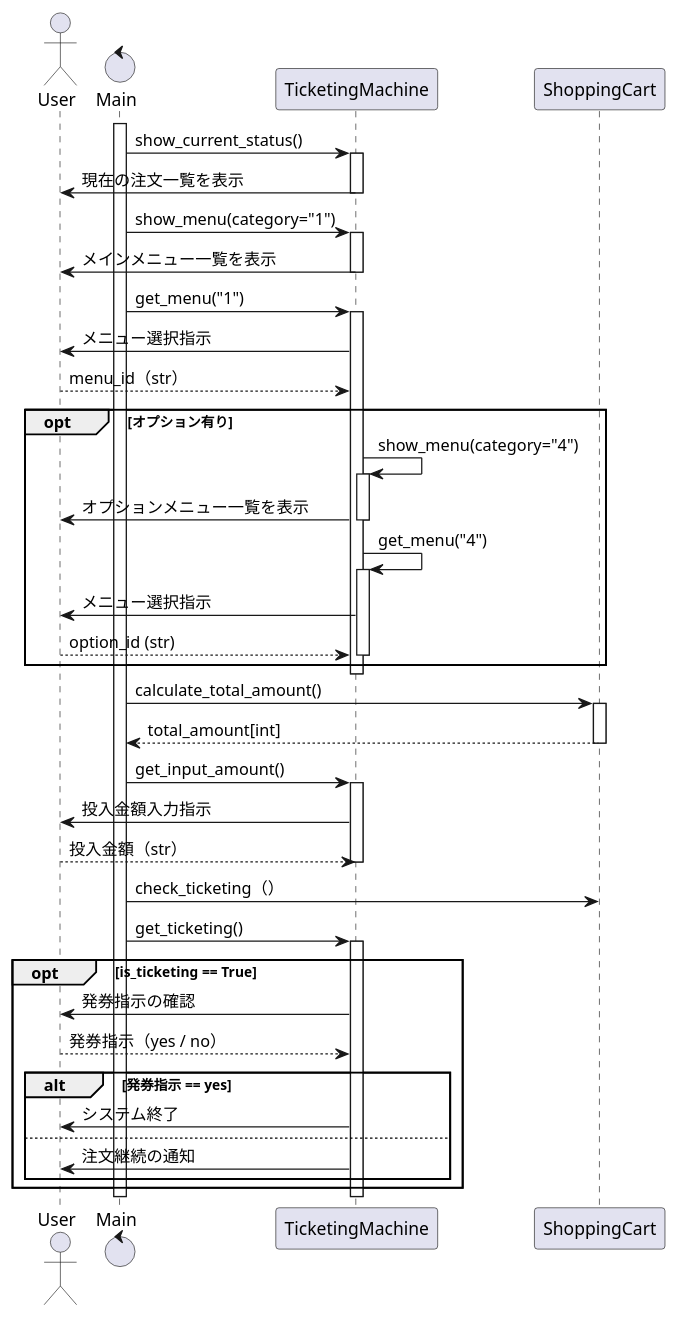
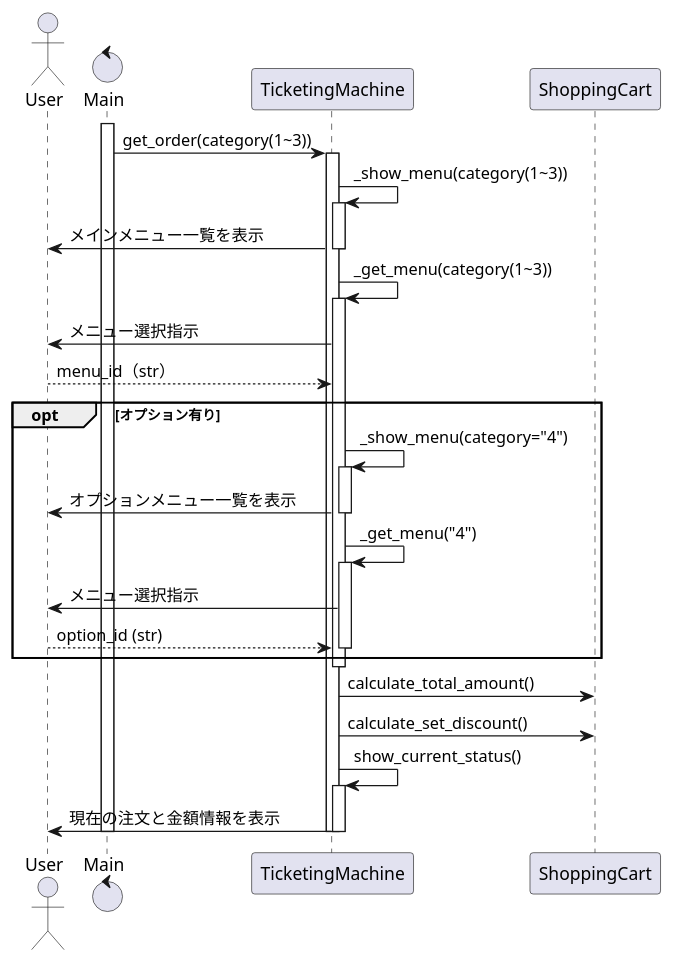
The fifth of 6 diagrams in AP_H31_Spring_PM03/Suzuki/try1/ticket_machine.md (Design-Practice-Team/design), drawn with PlantUML before and after one commit. The commit also changed other lines of this file and 3 other files, not shown here.

````diff
--- a/AP_H31_Spring_PM03/Suzuki/try1/ticket_machine.md
+++ b/AP_H31_Spring_PM03/Suzuki/try1/ticket_machine.md
@@ -270,67 +237,49 @@
 ```plantuml
 @startuml
 actor User
 control Main
 participant TicketingMachine
 participant ShoppingCart
 
 activate Main
 
-Main -> TicketingMachine : show_current_status()
+Main -> TicketingMachine : get_order(category(1~3))
 activate TicketingMachine
-TicketingMachine -> User : 現在の注文一覧を表示
-deactivate TicketingMachine
-
-Main -> TicketingMachine : show_menu(category="1")
-activate TicketingMachine
-TicketingMachine -> User : メインメニュー一覧を表示
-deactivate TicketingMachine
-
-Main -> TicketingMachine : get_menu("1")
-activate TicketingMachine
-TicketingMachine -> User : メニュー選択指示
-User --> TicketingMachine : menu_id（str）
-opt オプション有り
-    TicketingMachine -> TicketingMachine : show_menu(category="4")
+    TicketingMachine -> TicketingMachine : _show_menu(category(1~3))
     activate TicketingMachine
-    TicketingMachine -> User : オプションメニュー一覧を表示
+    TicketingMachine -> User : メインメニュー一覧を表示
     deactivate TicketingMachine
 
-    TicketingMachine -> TicketingMachine : get_menu("4")
+    TicketingMachine -> TicketingMachine : _get_menu(category(1~3))
     activate TicketingMachine
     TicketingMachine -> User : メニュー選択指示
-    User --> TicketingMachine : option_id (str)
+    User --> TicketingMachine : menu_id（str）
+
+    opt オプション有り
+        TicketingMachine -> TicketingMachine : _show_menu(category="4")
+        activate TicketingMachine
+        TicketingMachine -> User : オプションメニュー一覧を表示
+        deactivate TicketingMachine
+
+        TicketingMachine -> TicketingMachine : _get_menu("4")
+        activate TicketingMachine
+        TicketingMachine -> User : メニュー選択指示
+        User --> TicketingMachine : option_id (str)
+        deactivate TicketingMachine
+    end
     deactivate TicketingMachine
-end
-deactivate TicketingMachine
 
-Main -> ShoppingCart : calculate_total_amount()
-activate ShoppingCart
-ShoppingCart --> Main : total_amount[int]
-deactivate ShoppingCart
+    TicketingMachine -> ShoppingCart : calculate_total_amount()
+    TicketingMachine -> ShoppingCart : calculate_set_discount()
 
-Main -> TicketingMachine : get_input_amount()
-activate TicketingMachine
-TicketingMachine -> User : 投入金額入力指示
-User --> TicketingMachine : 投入金額（str）
-deactivate TicketingMachine
+    TicketingMachine -> TicketingMachine : show_current_status()
+    activate TicketingMachine
+    TicketingMachine -> User : 現在の注文と金額情報を表示
+    deactivate TicketingMachine
 
-Main -> ShoppingCart : check_ticketing（）
-
-Main -> TicketingMachine : get_ticketing()
-activate TicketingMachine
-opt is_ticketing == True
-    TicketingMachine -> User : 発券指示の確認
-    User --> TicketingMachine : 発券指示（yes / no）
-    alt 発券指示 == yes
-        TicketingMachine -> User : システム終了
-    else
-        TicketingMachine -> User : 注文継続の通知
-    end
-end opt
-deactivate TicketingMachine
+    deactivate TicketingMachine
 
 deactivate Main
 
 @enduml
 ```
````
